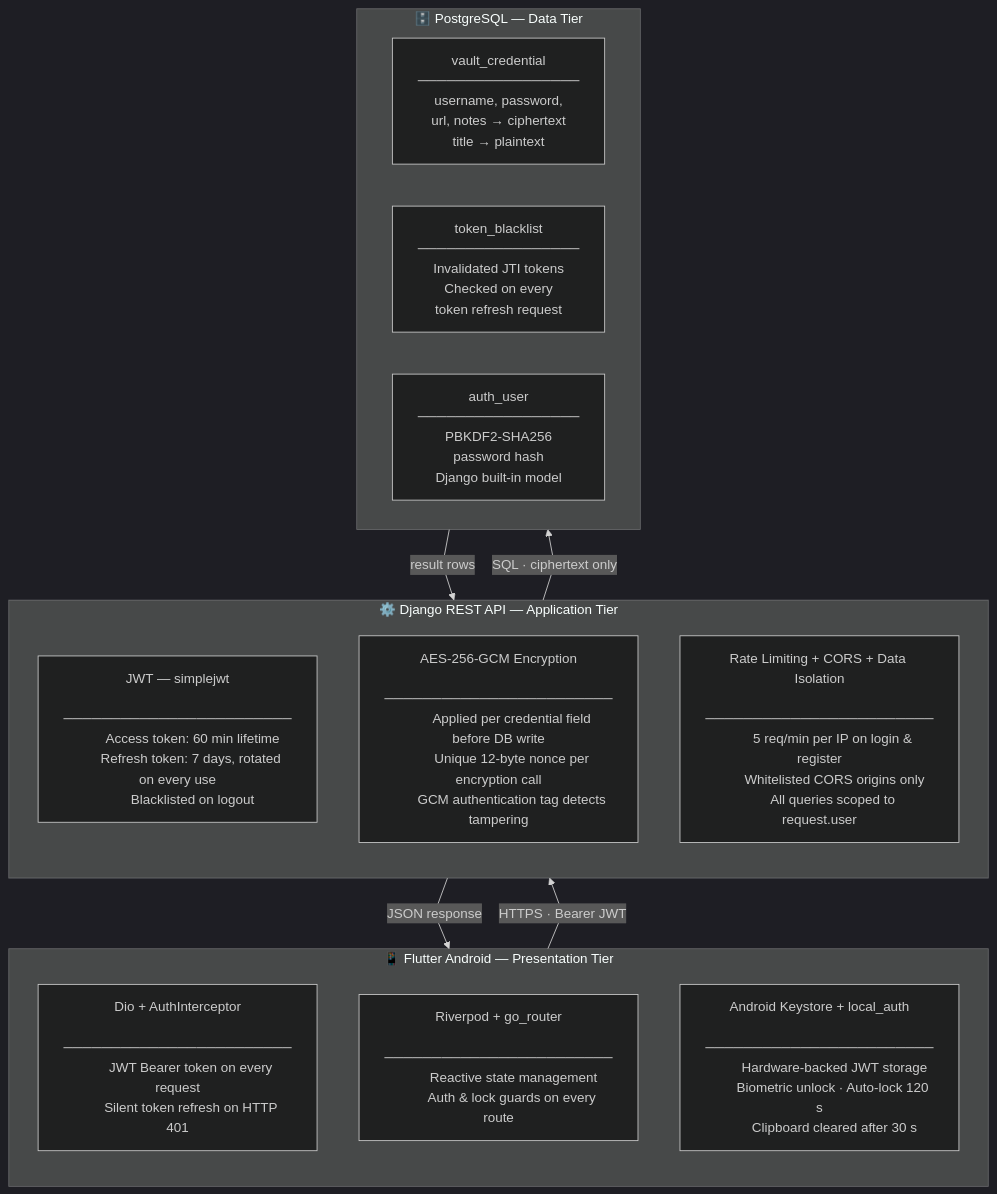
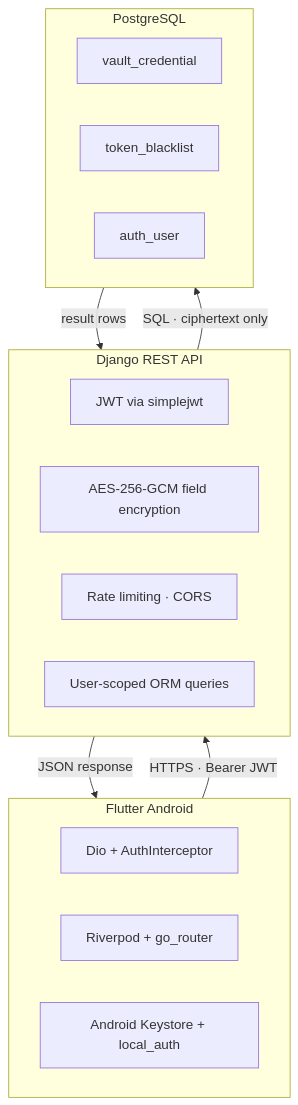
Before and after one commit to dmnkSabota/password-vault: the diagram in README.md, drawn with Mermaid.

Commit message:
docs: clean Mermaid architecture diagram

````diff
--- a/README.md
+++ b/README.md
@@ -9,69 +9,26 @@
 ```mermaid
-%%{init: {"theme": "dark", "flowchart": {"curve": "linear", "nodeSpacing": 50, "rankSpacing": 60}}}%%
 flowchart TD
-    subgraph MOBILE["📱  Flutter Android — Presentation Tier"]
-        direction TB
-        NET["Dio + AuthInterceptor
-        ────────────────────────
-        JWT Bearer token on every request
-        Silent token refresh on HTTP 401"]
-
-        NAV["Riverpod + go_router
-        ────────────────────────
-        Reactive state management
-        Auth & lock guards on every route"]
-
-        LOCK["Android Keystore + local_auth
-        ────────────────────────
-        Hardware-backed JWT storage
-        Biometric unlock · Auto-lock 120 s
-        Clipboard cleared after 30 s"]
+    subgraph Flutter["Flutter Android"]
+        NET[Dio + AuthInterceptor]
+        NAV[Riverpod + go_router]
+        SEC[Android Keystore + local_auth]
     end
 
-    subgraph API["⚙️  Django REST API — Application Tier"]
-        direction TB
-        AUTH["JWT — simplejwt
-        ────────────────────────
-        Access token: 60 min lifetime
-        Refresh token: 7 days, rotated on every use
-        Blacklisted on logout"]
-
-        ENC["AES-256-GCM Encryption
-        ────────────────────────
-        Applied per credential field before DB write
-        Unique 12-byte nonce per encryption call
-        GCM authentication tag detects tampering"]
-
-        MISC["Rate Limiting + CORS + Data Isolation
-        ────────────────────────
-        5 req/min per IP on login & register
-        Whitelisted CORS origins only
-        All queries scoped to request.user"]
+    subgraph Django["Django REST API"]
+        AUTH[JWT via simplejwt]
+        ENC[AES-256-GCM field encryption]
+        RATE[Rate limiting · CORS]
+        ISO[User-scoped ORM queries]
     end
 
-    subgraph DB["🗄️  PostgreSQL — Data Tier"]
-        direction LR
-        T1["vault_credential
-        ─────────────────
-        username, password,
-        url, notes → ciphertext
-        title → plaintext"]
-
-        T2["token_blacklist
-        ─────────────────
-        Invalidated JTI tokens
-        Checked on every
-        token refresh request"]
-
-        T3["auth_user
-        ─────────────────
-        PBKDF2-SHA256
-        password hash
-        Django built-in model"]
+    subgraph Postgres["PostgreSQL"]
+        T1[vault_credential]
+        T2[token_blacklist]
+        T3[auth_user]
     end
 
-    MOBILE -->|"HTTPS · Bearer JWT"| API
-    API -->|"JSON response"| MOBILE
-    API -->|"SQL · ciphertext only"| DB
-    DB -->|"result rows"| API
+    Flutter -->|HTTPS · Bearer JWT| Django
+    Django -->|JSON response| Flutter
+    Django -->|SQL · ciphertext only| Postgres
+    Postgres -->|result rows| Django
 ```
````
